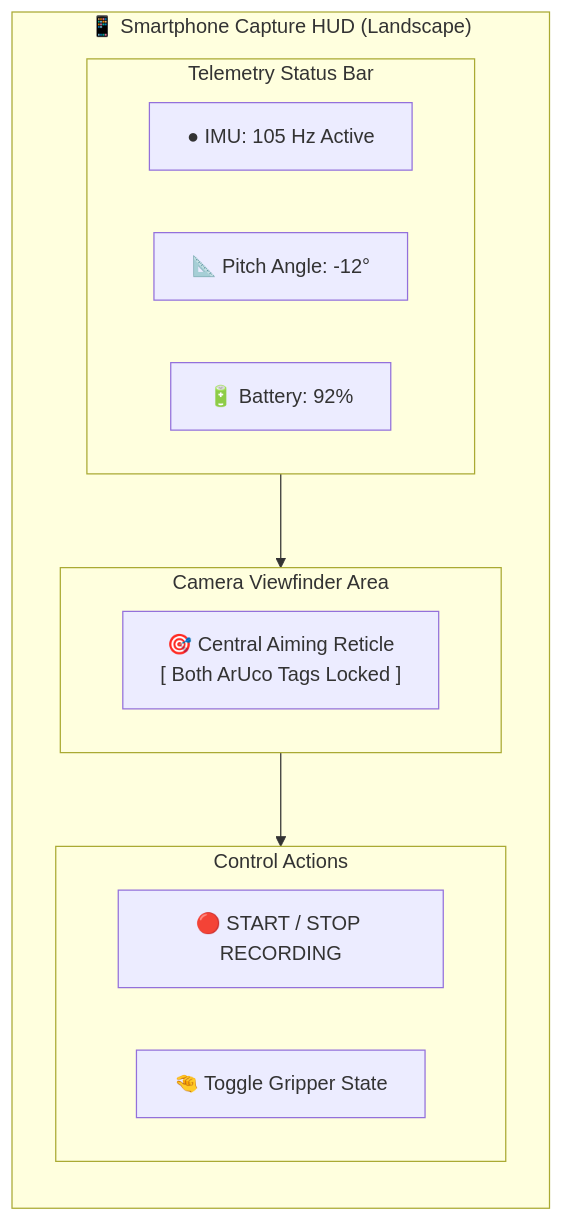
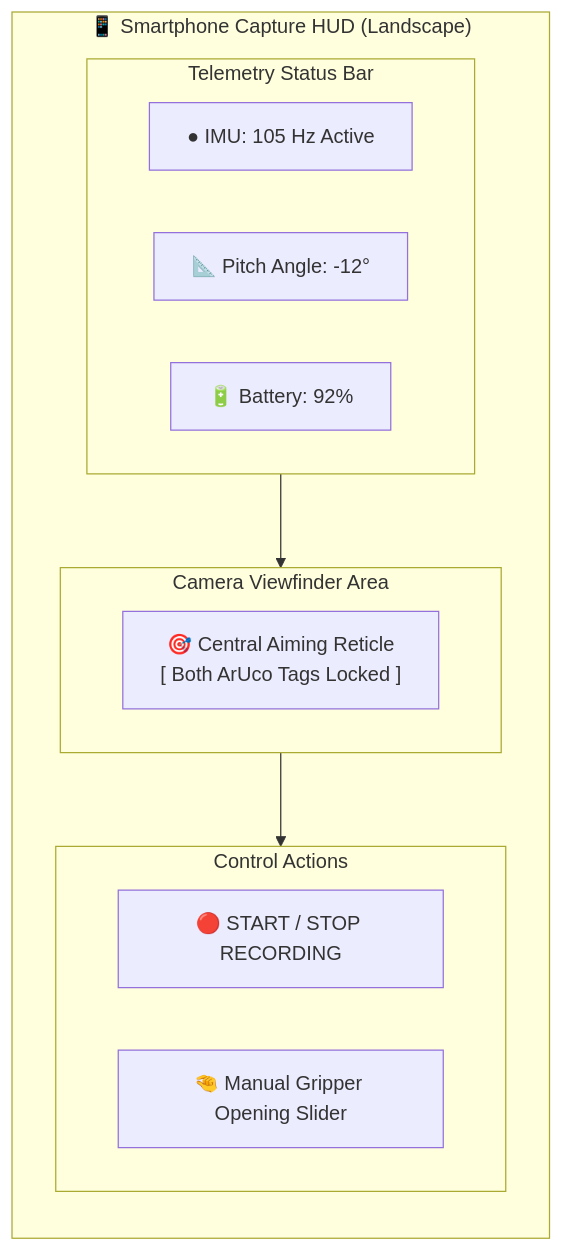
Before and after one commit to FalightSK/omni-kin: the fourth of 5 diagrams in HOW_TO_USE.md, drawn with Mermaid. The commit also changed other lines of this file and 22 other files, not shown here.

````diff
--- a/HOW_TO_USE.md
+++ b/HOW_TO_USE.md
@@ -182,24 +182,24 @@
 ```mermaid
 flowchart TD
     subgraph PhoneUI["📱 Smartphone Capture HUD (Landscape)"]
         direction TB
         subgraph TopBar["Telemetry Status Bar"]
             direction LR
             IMU["● IMU: 105 Hz Active"]
             Pitch["📐 Pitch Angle: -12°"]
             Batt["🔋 Battery: 92%"]
         end
 
         subgraph View["Camera Viewfinder Area"]
             VBox["🎯 Central Aiming Reticle<br/>[ Both ArUco Tags Locked ]"]
         end
 
         subgraph BottomBar["Control Actions"]
             direction LR
             Rec["🔴 START / STOP RECORDING"]
-            Grip["🤏 Toggle Gripper State"]
+            Grip["🤏 Manual Gripper Opening Slider"]
         end
 
         TopBar --> View --> BottomBar
     end
 ```
````
